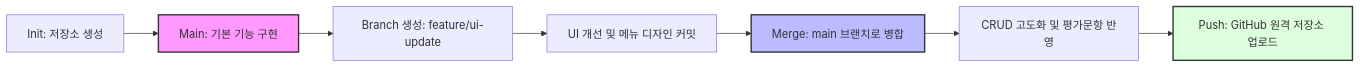
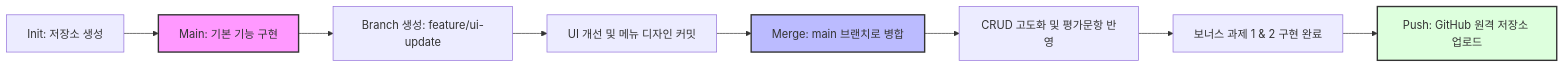
Before and after one commit to mustiolla/prompt_manager: the diagram in A1-1_Summary.md, drawn with Mermaid. The commit also changed other lines of this file and 2 other files, not shown here.

Commit message:
docs: 보너스 과제 1 & 2 상세 구현 보고서 추가 및 README, FILE_STRUCTURE 최신화

````diff
--- a/A1-1_Summary.md
+++ b/A1-1_Summary.md
@@ -79,13 +87,14 @@
 ```mermaid
 graph LR
     A[Init: 저장소 생성] --> B[Main: 기본 기능 구현]
     B --> C[Branch 생성: feature/ui-update]
     C --> D[UI 개선 및 메뉴 디자인 커밋]
     D --> E[Merge: main 브랜치로 병합]
     E --> F[CRUD 고도화 및 평가문항 반영]
-    F --> G[Push: GitHub 원격 저장소 업로드]
+    F --> G[보너스 과제 1 & 2 구현 완료]
+    G --> H[Push: GitHub 원격 저장소 업로드]
     
     style B fill:#f9f,stroke:#333,stroke-width:2px
     style E fill:#bbf,stroke:#333,stroke-width:2px
-    style G fill:#dfd,stroke:#333,stroke-width:2px
+    style H fill:#dfd,stroke:#333,stroke-width:2px
 ```
````
